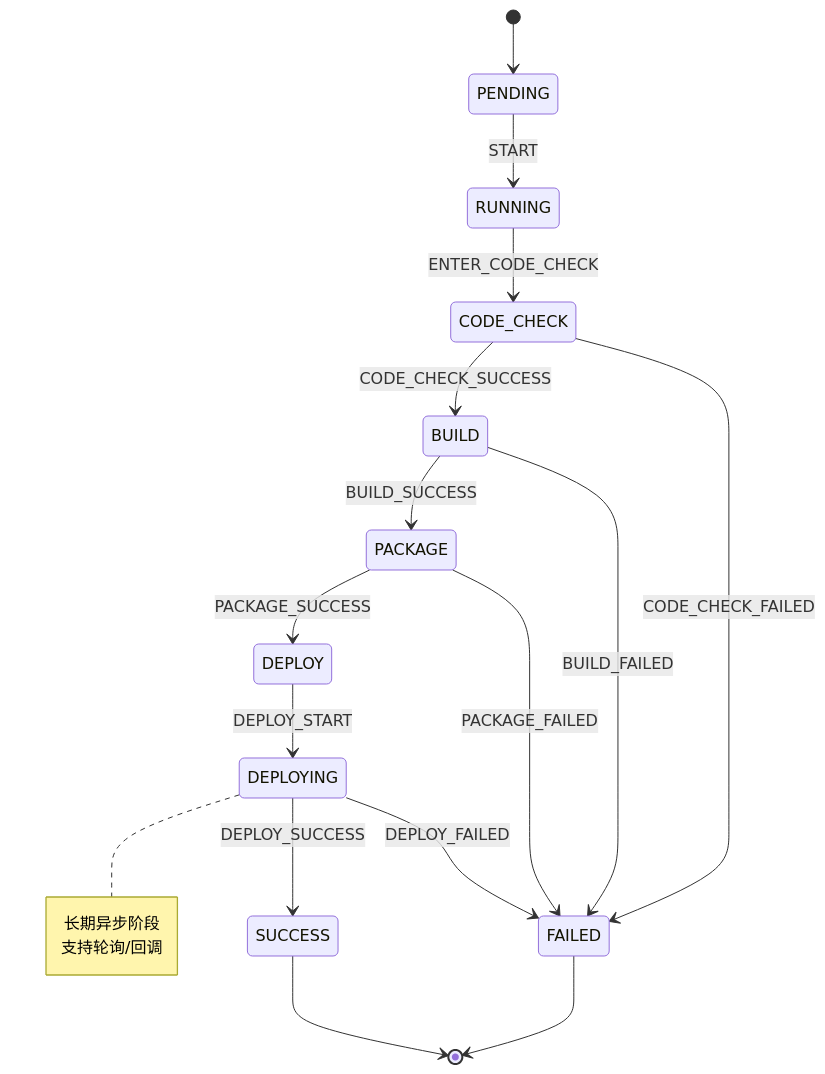
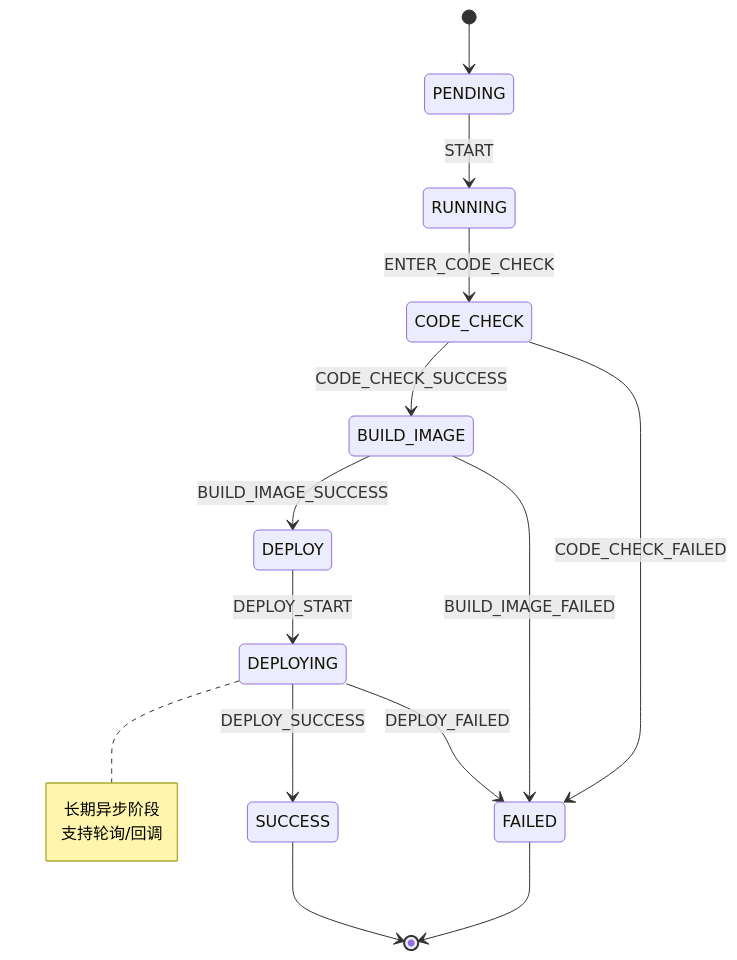
One commit to qdw497874677/high-code-doc changed the fourth of 10 diagrams in docs/plans/procode-platform/lld/lld.md. Above: the diagram before and after it, drawn with Mermaid. The commit also changed other lines of this file, not shown here.

````diff
--- a/docs/plans/procode-platform/lld/lld.md
+++ b/docs/plans/procode-platform/lld/lld.md
@@ -207,22 +237,20 @@
 ```mermaid
 stateDiagram-v2
     [*] --> PENDING
     PENDING --> RUNNING: START
     RUNNING --> CODE_CHECK: ENTER_CODE_CHECK
-    CODE_CHECK --> BUILD: CODE_CHECK_SUCCESS
+    CODE_CHECK --> BUILD_IMAGE: CODE_CHECK_SUCCESS
     CODE_CHECK --> FAILED: CODE_CHECK_FAILED
-    BUILD --> PACKAGE: BUILD_SUCCESS
-    BUILD --> FAILED: BUILD_FAILED
-    PACKAGE --> DEPLOY: PACKAGE_SUCCESS
-    PACKAGE --> FAILED: PACKAGE_FAILED
+    BUILD_IMAGE --> DEPLOY: BUILD_IMAGE_SUCCESS
+    BUILD_IMAGE --> FAILED: BUILD_IMAGE_FAILED
     DEPLOY --> DEPLOYING: DEPLOY_START
     DEPLOYING --> SUCCESS: DEPLOY_SUCCESS
     DEPLOYING --> FAILED: DEPLOY_FAILED
     FAILED --> [*]
     SUCCESS --> [*]
     
     note right of DEPLOYING
         长期异步阶段
         支持轮询/回调
     end note
 ```
````
